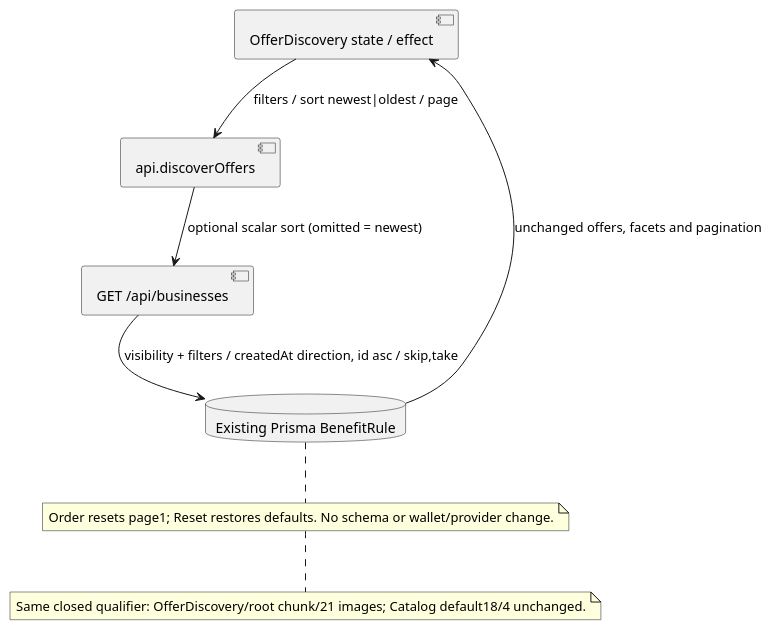
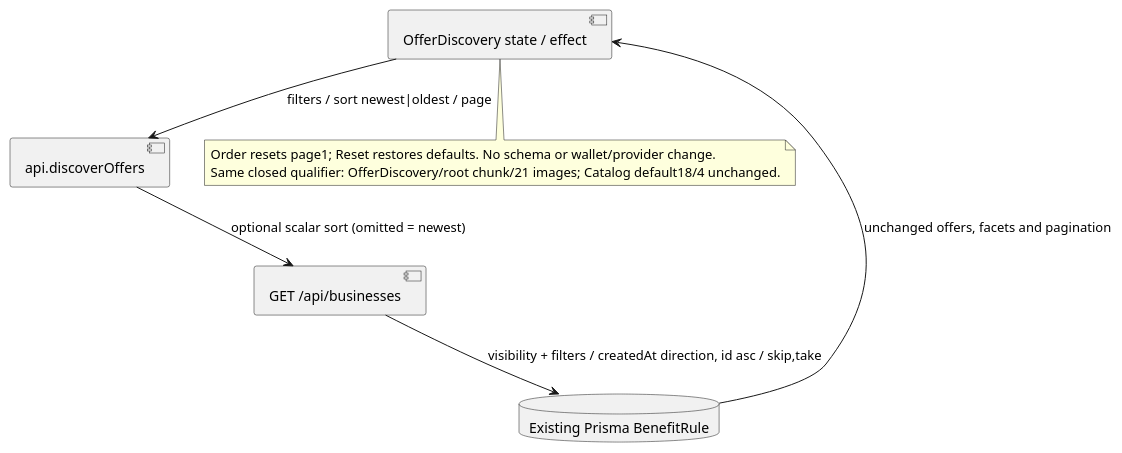
One commit to NeaBouli/inferno changed diagram 28 of 28 in docs/architecture/map.puml. Above: the diagram before and after it, drawn with PlantUML. The commit also changed 2 other files, not shown here.

Commit message:
Close offer qualification API admission and clarify diagram notes

```diff
--- a/docs/architecture/map.puml
+++ b/docs/architecture/map.puml
@@ -456,12 +456,14 @@
 @startuml public_offer_ordering_425
 component "OfferDiscovery state / effect" as UI
 component "api.discoverOffers" as API
 component "GET /api/businesses" as Route
 database "Existing Prisma BenefitRule" as DB
 UI --> API : filters / sort newest|oldest / page
 API --> Route : optional scalar sort (omitted = newest)
 Route --> DB : visibility + filters / createdAt direction, id asc / skip,take
 DB --> UI : unchanged offers, facets and pagination
-note bottom : Order resets page1; Reset restores defaults. No schema or wallet/provider change.
-note bottom : Same closed qualifier: OfferDiscovery/root chunk/21 images; Catalog default18/4 unchanged.
+note bottom of UI
+  Order resets page1; Reset restores defaults. No schema or wallet/provider change.
+  Same closed qualifier: OfferDiscovery/root chunk/21 images; Catalog default18/4 unchanged.
+end note
 @enduml
```
